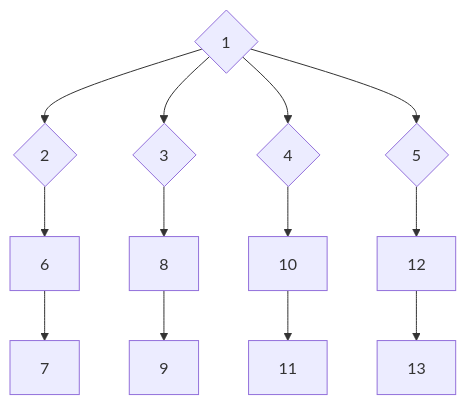
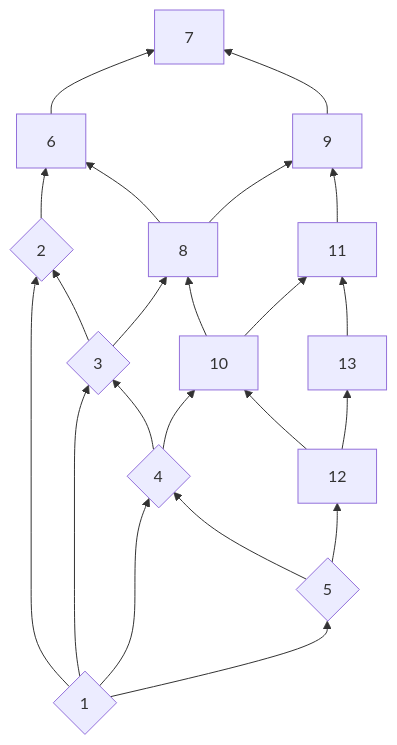
One commit to sporniket/monorepo-cpp-apps changed the diagram in cmnlib-term/20-plans/000_000_002.md. Above: the diagram before and after it, drawn with Mermaid. The commit also changed other lines of this file, not shown here.

Commit message:
cmnlib-term: 000_000_002.md -- completed dependency graph

````diff
--- a/cmnlib-term/20-plans/000_000_002.md
+++ b/cmnlib-term/20-plans/000_000_002.md
@@ -33,13 +35,16 @@
 ```mermaid
-flowchart TD
+flowchart BT
     1{1}
     2{2}
     3{3}
     4{4} 
     5{5} 
     1 --> 2 --> 6 --> 7
     1 --> 3 --> 8 --> 9
     1 --> 4 --> 10 --> 11
     1 --> 5 --> 12 --> 13
+    13 --> 11 --> 9 --> 7
+    12 --> 10 --> 8 --> 6
+    5 --> 4 --> 3 --> 2
 
 ```
````
